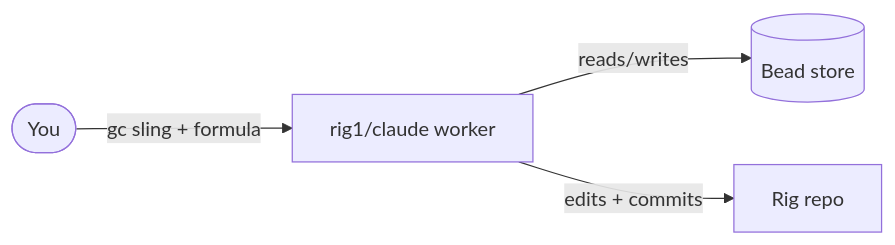
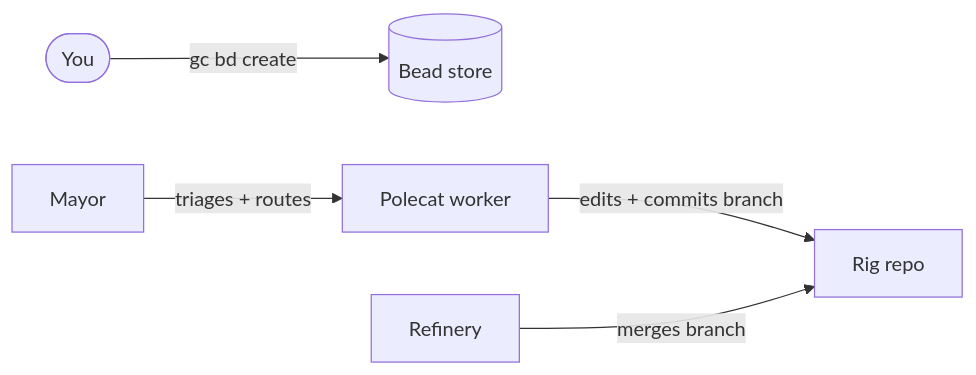
One commit to lago-morph/software-factory-prototype changed the first of 3 diagrams in docs/GETTING-STARTED.md. Above: the diagram before and after it, drawn with Mermaid. The commit also changed other lines of this file and 4 other files, not shown here.

````diff
--- a/docs/GETTING-STARTED.md
+++ b/docs/GETTING-STARTED.md
@@ -19,6 +19,7 @@
 ```mermaid
 flowchart LR
-  you([You]) -->|gc sling + formula| worker[rig1/claude worker]
-  worker -->|reads/writes| store[(Bead store)]
-  worker -->|edits + commits| rig[Rig repo]
+  you([You]) -->|gc bd create| store[(Bead store)]
+  mayor[Mayor] -->|triages + routes| polecat[Polecat worker]
+  polecat -->|edits + commits branch| rig[Rig repo]
+  refinery[Refinery] -->|merges branch| rig
 ```
````
